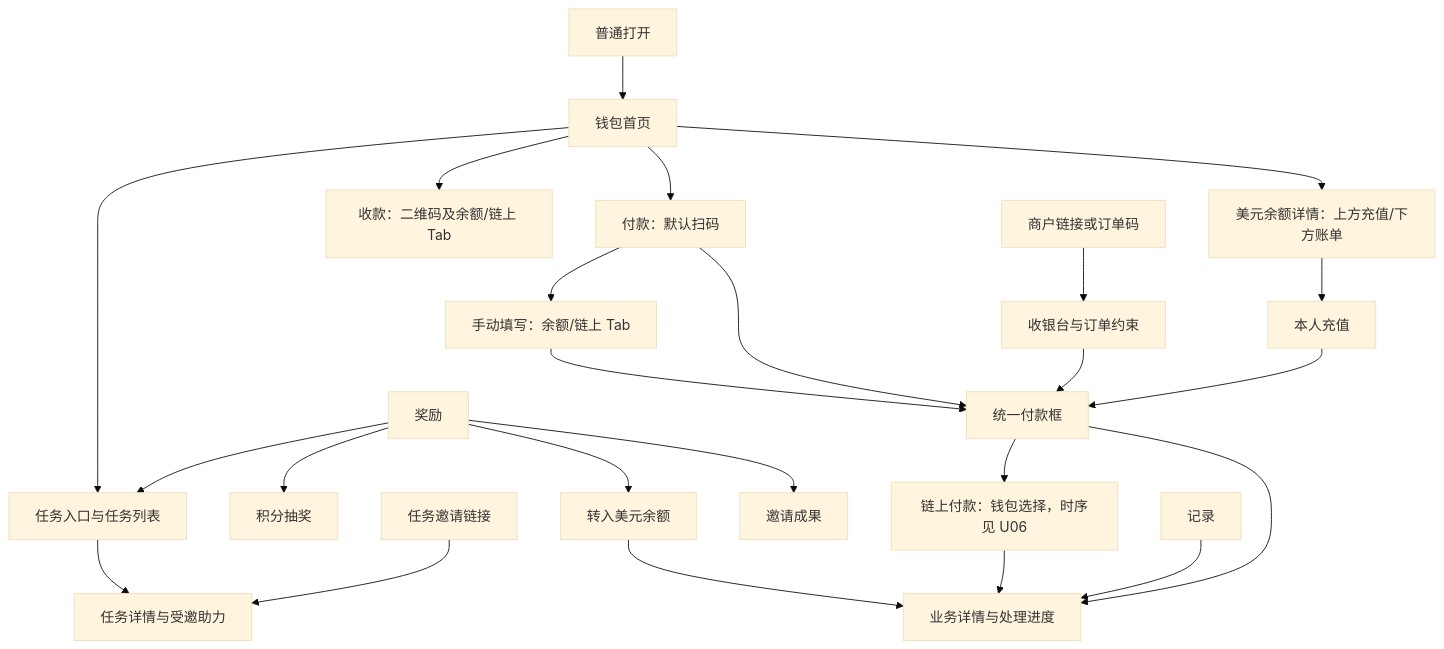
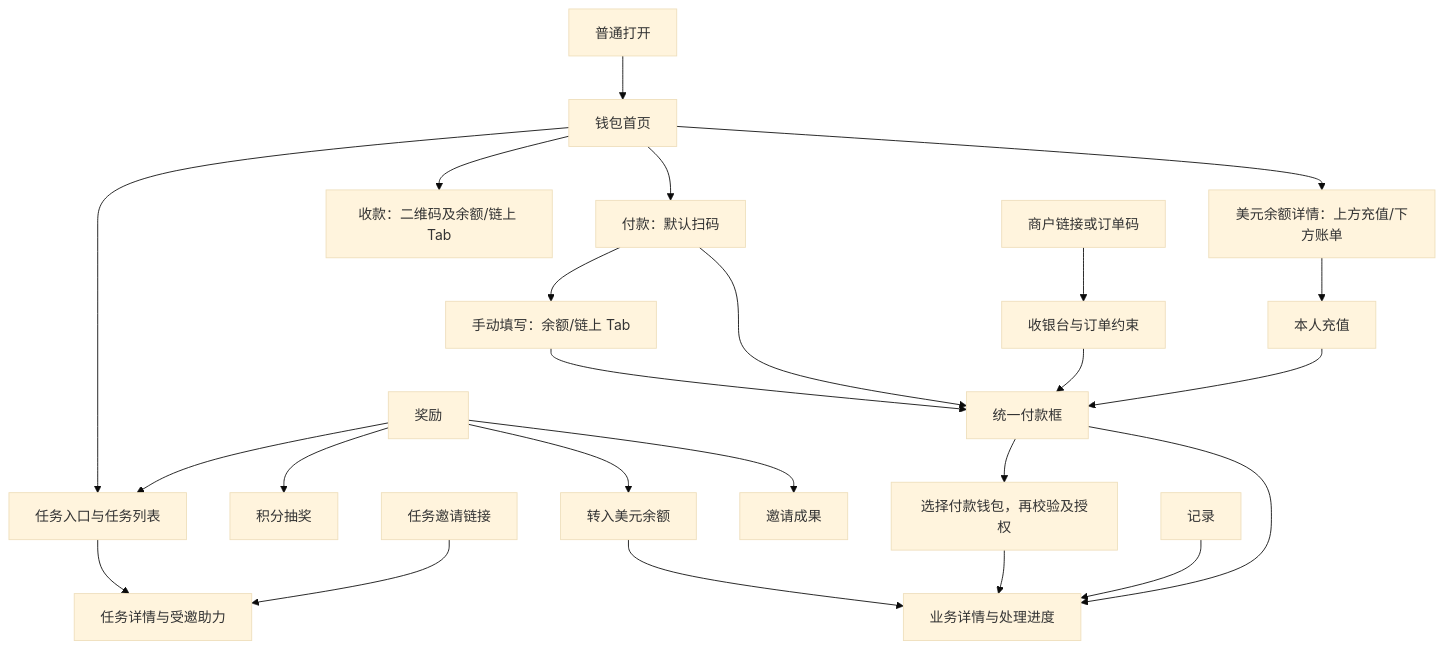
Before and after one commit to 0xabcd-k/DexWallet: the diagram in docs/design/01信息架构与交互原则.md, drawn with Mermaid (base theme). The commit also changed other lines of this file and 6 other files, not shown here.

````diff
--- a/docs/design/01信息架构与交互原则.md
+++ b/docs/design/01信息架构与交互原则.md
@@ -18,26 +18,26 @@
 ```mermaid
 flowchart TD
     Entry[普通打开] --> W[钱包首页]
     W --> Tasks[任务入口与任务列表]
     W --> Receive[收款：二维码及余额/链上 Tab]
     W --> Scan[付款：默认扫码]
     Scan --> Form[手动填写：余额/链上 Tab]
     Scan --> PayBox[统一付款框]
     Form --> PayBox
     W --> Balance[美元余额详情：上方充值/下方账单]
     Balance --> Deposit[本人充值]
     Deposit --> PayBox
-    PayBox --> Wallet[链上付款：钱包选择，时序见 U06]
+    PayBox --> Wallet[选择付款钱包，再校验及授权]
     PayBox --> Detail[业务详情与处理进度]
     Wallet --> Detail
     TaskLink[任务邀请链接] --> Task[任务详情与受邀助力]
     Tasks --> Task
     Rewards[奖励] --> Tasks
     Rewards --> Slot[积分抽奖]
     Rewards --> Claim[转入美元余额]
     Rewards --> Friends[邀请成果]
     PayLink[商户链接或订单码] --> Pay[收银台与订单约束]
     Pay --> PayBox
     Records[记录] --> Detail
     Claim --> Detail
 ```
````
